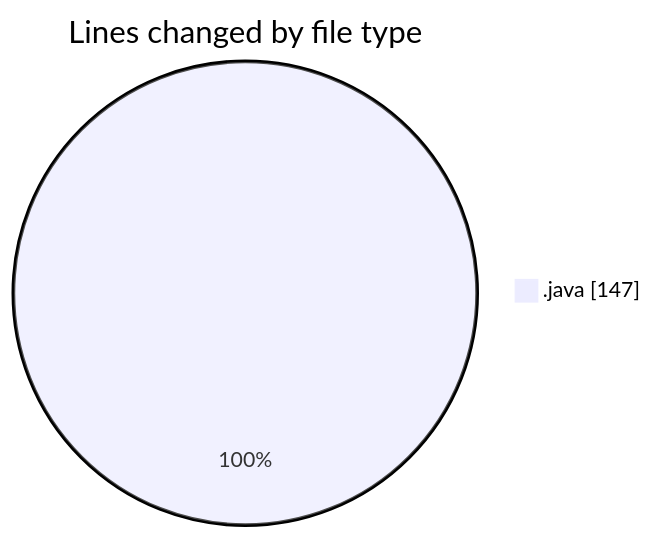
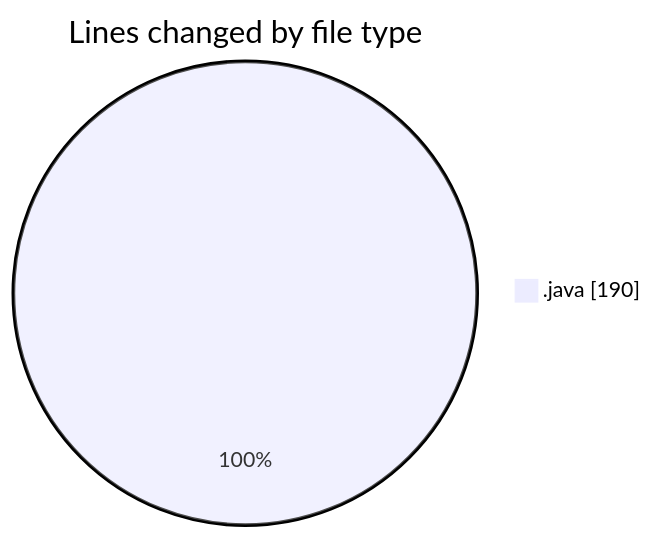
The first of 2 diagrams in 2026-04-24/cilreports__workspace_/README.md (ricardozamudiocil/code-tracking), drawn with Mermaid before and after one commit. The commit also changed other lines of this file and 1 other file, not shown here.

````diff
--- a/2026-04-24/cilreports__workspace_/README.md
+++ b/2026-04-24/cilreports__workspace_/README.md
@@ -21,5 +22,5 @@
 ```mermaid
 pie showData
 title Lines changed by file type
-".java" : 147
+".java" : 190
 ```
````
